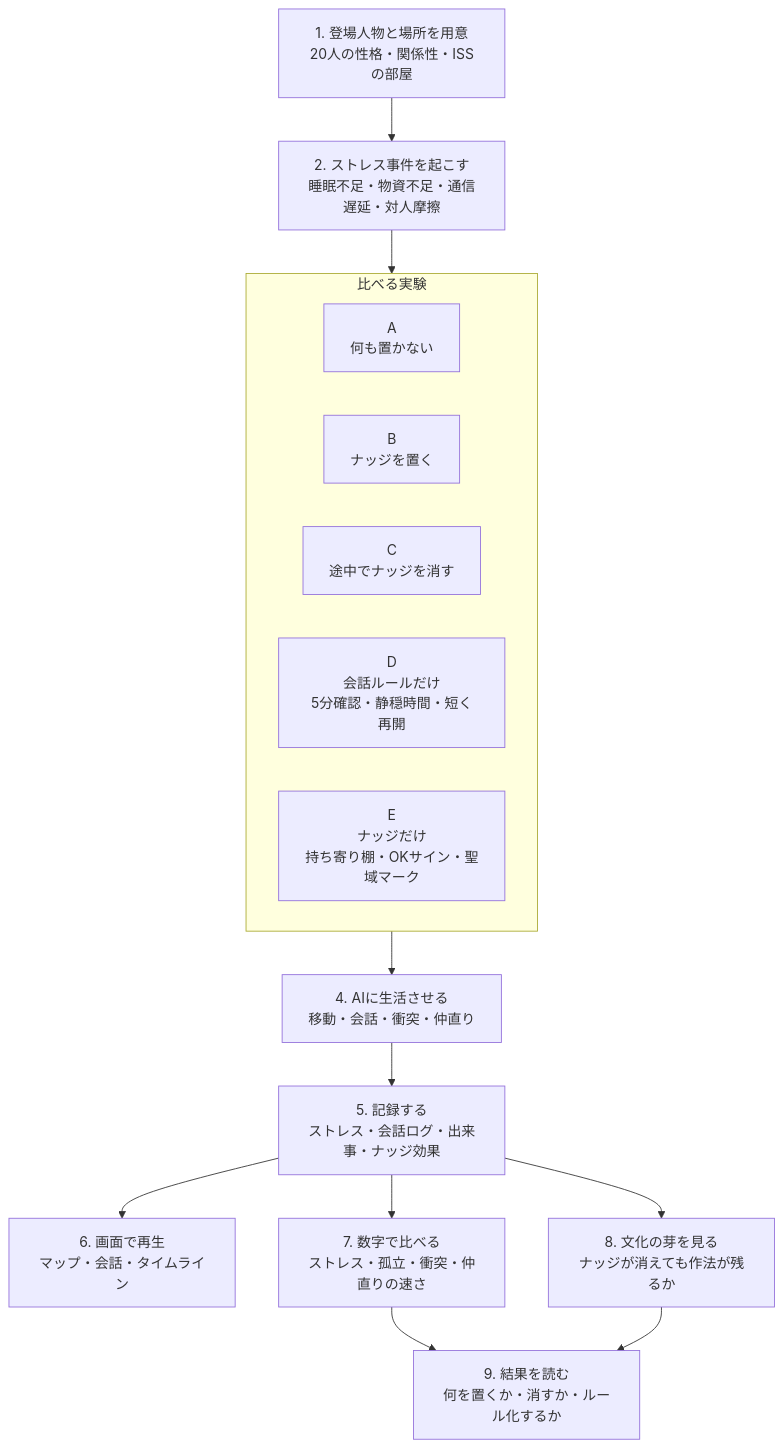
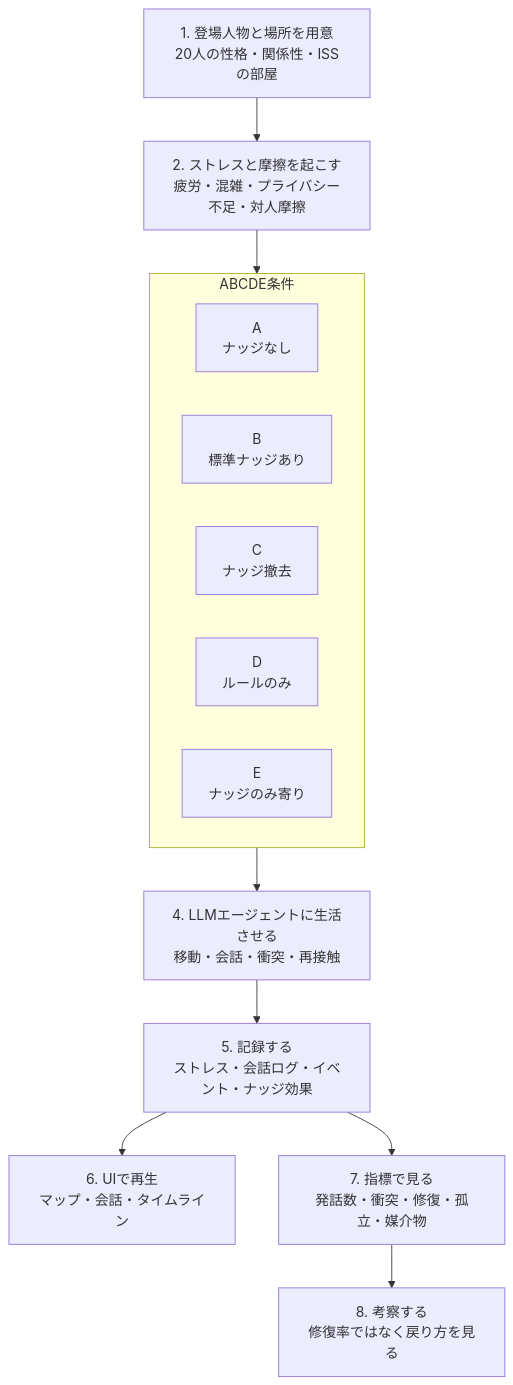
The diagram in README.md (karesansui-u/hackathon-singulab-inu), drawn with Mermaid before and after one commit. The commit also changed other lines of this file and 148 other files, not shown here.

````diff
--- a/README.md
+++ b/README.md
@@ -45,22 +123,19 @@
 ```mermaid
 flowchart TD
-  I[1. 登場人物と場所を用意<br/>20人の性格・関係性・ISSの部屋] --> T[2. ストレス事件を起こす<br/>睡眠不足・物資不足・通信遅延・対人摩擦]
+  I[1. 登場人物と場所を用意<br/>20人の性格・関係性・ISSの部屋] --> T[2. ストレスと摩擦を起こす<br/>疲労・混雑・プライバシー不足・対人摩擦]
   T --> M[3. 条件を変えて比べる]
 
-  subgraph M[比べる実験]
-    A[A<br/>何も置かない]
-    B[B<br/>ナッジを置く]
-    C[C<br/>途中でナッジを消す]
-    D[D<br/>会話ルールだけ<br/>5分確認・静穏時間・短く再開]
-    E[E<br/>ナッジだけ<br/>持ち寄り棚・OKサイン・聖域マーク]
+  subgraph M[ABCDE条件]
+    A[A<br/>ナッジなし]
+    B[B<br/>標準ナッジあり]
+    C[C<br/>ナッジ撤去]
+    D[D<br/>ルールのみ]
+    E[E<br/>ナッジのみ寄り]
   end
 
-  M --> S[4. AIに生活させる<br/>移動・会話・衝突・仲直り]
-  S --> R[5. 記録する<br/>ストレス・会話ログ・出来事・ナッジ効果]
-  R --> V[6. 画面で再生<br/>マップ・会話・タイムライン]
-  R --> K[7. 数字で比べる<br/>ストレス・孤立・衝突・仲直りの速さ]
-  R --> X[8. 文化の芽を見る<br/>ナッジが消えても作法が残るか]
-
-  K --> P[9. 結果を読む<br/>何を置くか・消すか・ルール化するか]
-  X --> P
+  M --> S[4. LLMエージェントに生活させる<br/>移動・会話・衝突・再接触]
+  S --> R[5. 記録する<br/>ストレス・会話ログ・イベント・ナッジ効果]
+  R --> V[6. UIで再生<br/>マップ・会話・タイムライン]
+  R --> K[7. 指標で見る<br/>発話数・衝突・修復・孤立・媒介物]
+  K --> P[8. 考察する<br/>修復率ではなく戻り方を見る]
 ```
````
